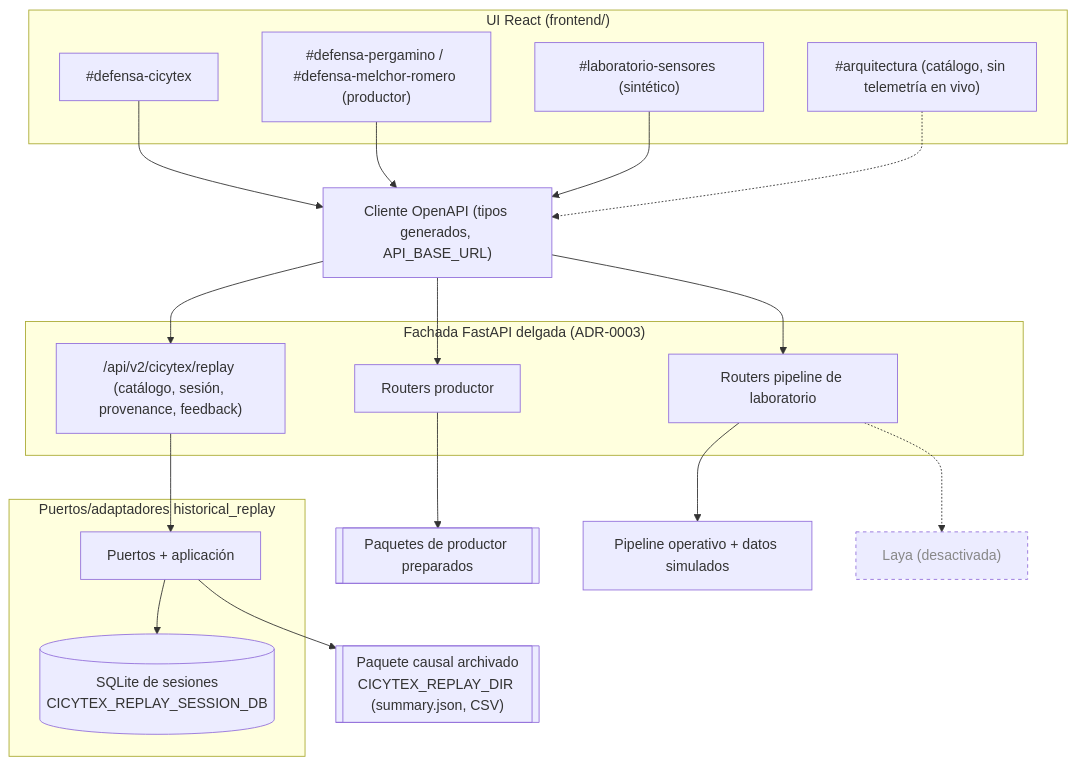
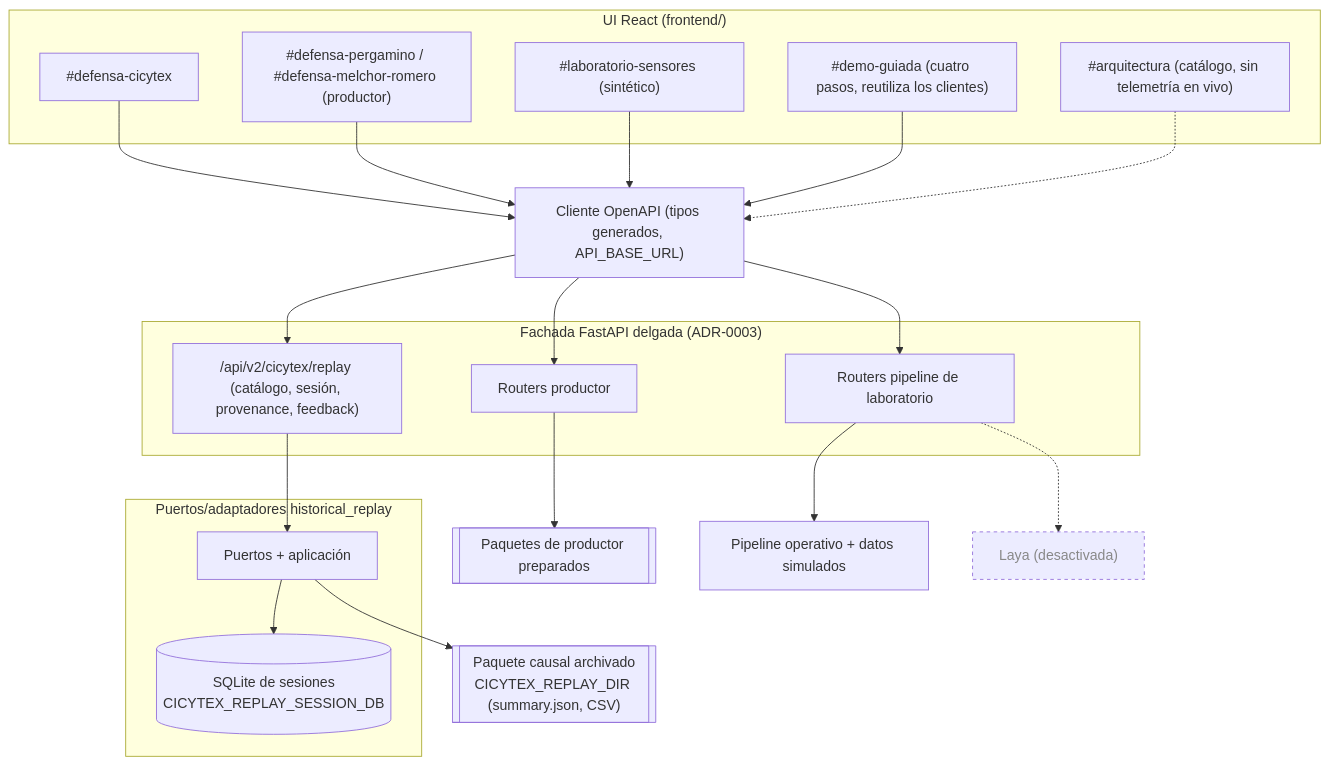
The diagram in docs/design/f8-paquete-defensa.md (gusjrivas/AAI_Hydric_Stress_CICYTEX_Experimental), drawn with Mermaid before and after one commit. The commit also changed other lines of this file and 6 other files, not shown here.

````diff
--- a/docs/design/f8-paquete-defensa.md
+++ b/docs/design/f8-paquete-defensa.md
@@ -30,37 +35,39 @@
 ```mermaid
 flowchart TB
   subgraph UI["UI React (frontend/)"]
     ARQ["#arquitectura (catálogo, sin telemetría en vivo)"]
     CY["#defensa-cicytex"]
     PM["#defensa-pergamino / #defensa-melchor-romero (productor)"]
     LAB["#laboratorio-sensores (sintético)"]
+    GD["#demo-guiada (cuatro pasos, reutiliza los clientes)"]
   end
   CLI["Cliente OpenAPI (tipos generados, API_BASE_URL)"]
   subgraph API["Fachada FastAPI delgada (ADR-0003)"]
     RCY["/api/v2/cicytex/replay (catálogo, sesión, provenance, feedback)"]
     RPR["Routers productor"]
     RLB["Routers pipeline de laboratorio"]
   end
   subgraph HR["Puertos/adaptadores historical_replay"]
     PORT["Puertos + aplicación"]
     SQL[("SQLite de sesiones<br/>CICYTEX_REPLAY_SESSION_DB")]
   end
   PKG[["Paquete causal archivado<br/>CICYTEX_REPLAY_DIR (summary.json, CSV)"]]
   PRODPKG[["Paquetes de productor preparados"]]
   PIPE["Pipeline operativo + datos simulados"]
   LAYA["Laya (desactivada)"]:::off
 
   CY --> CLI
   PM --> CLI
   LAB --> CLI
+  GD --> CLI
   ARQ -.-> CLI
   CLI --> RCY
   CLI --> RPR
   CLI --> RLB
   RCY --> PORT --> PKG
   PORT --> SQL
   RPR --> PRODPKG
   RLB --> PIPE
   RLB -.-> LAYA
   classDef off stroke-dasharray: 4 4,color:#888
 ```
````
